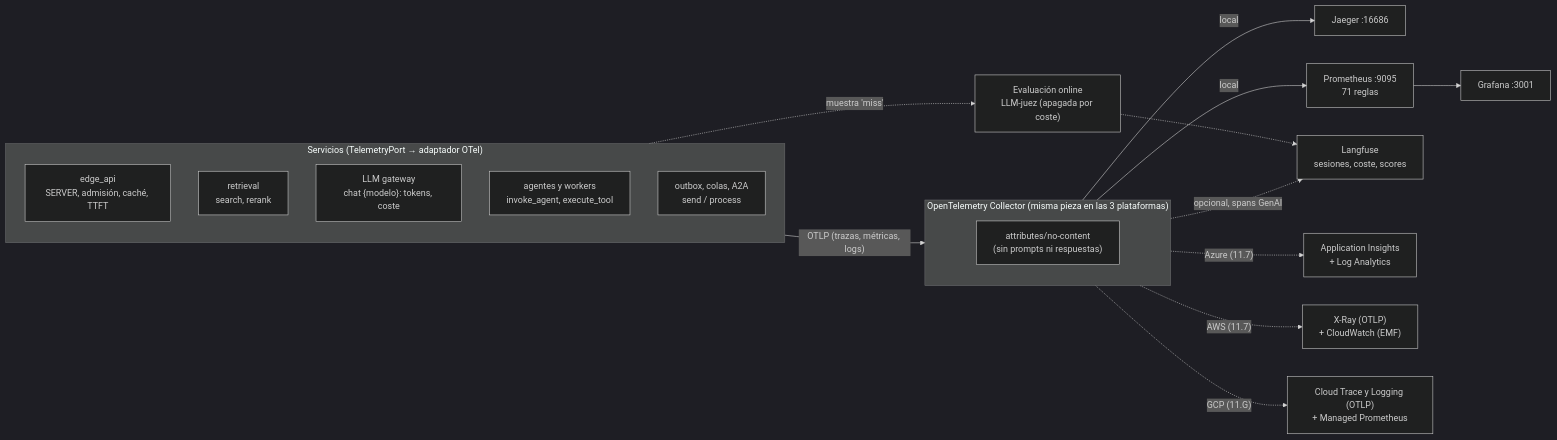
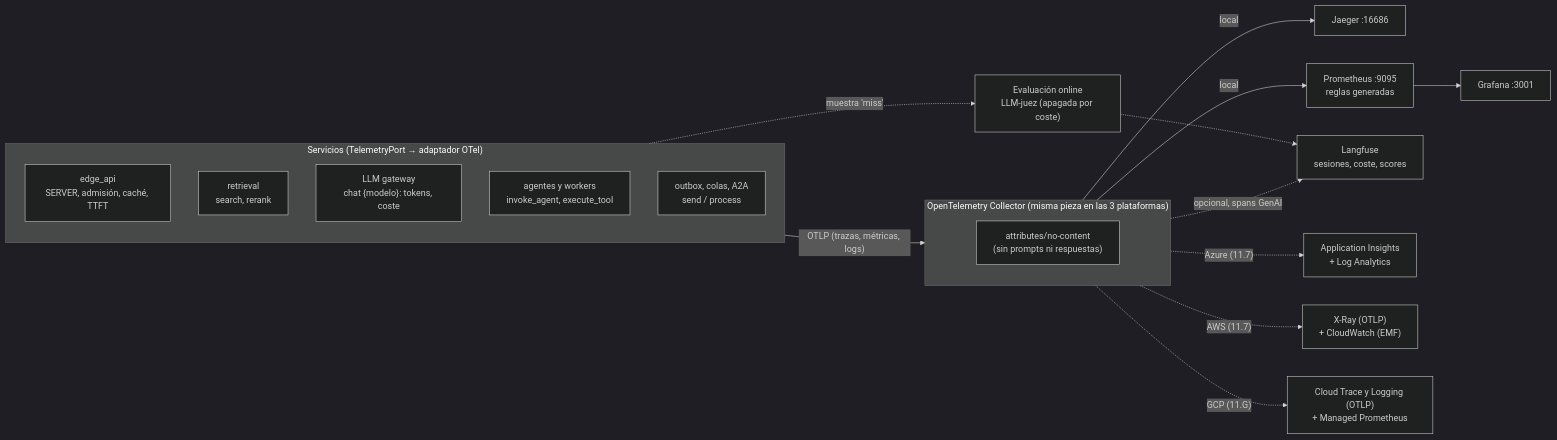
Before and after one commit to SergioVelmay/GenAI_PoCs: the first of 2 diagrams in docs/fase-11-observabilidad.md, drawn with Mermaid (dark theme). The commit also changed other lines of this file and 23 other files, not shown here.

````diff
--- a/docs/fase-11-observabilidad.md
+++ b/docs/fase-11-observabilidad.md
@@ -21,27 +21,27 @@
 ```mermaid
 flowchart LR
   subgraph APP["Servicios (TelemetryPort → adaptador OTel)"]
     direction TB
     EDGE["edge_api<br/>SERVER, admisión, caché, TTFT"]
     RAG["retrieval<br/>search, rerank"]
     GW["LLM gateway<br/>chat {modelo}: tokens, coste"]
     AG["agentes y workers<br/>invoke_agent, execute_tool"]
     Q["outbox, colas, A2A<br/>send / process"]
   end
 
   APP -->|"OTLP (trazas, métricas, logs)"| COL
 
   subgraph COL["OpenTelemetry Collector (misma pieza en las 3 plataformas)"]
     direction TB
     NC["attributes/no-content<br/>(sin prompts ni respuestas)"]
   end
 
   COL -->|"local"| J["Jaeger :16686"]
-  COL -->|"local"| P["Prometheus :9095<br/>71 reglas"] --> G["Grafana :3001"]
+  COL -->|"local"| P["Prometheus :9095<br/>reglas generadas"] --> G["Grafana :3001"]
   COL -.->|"opcional, spans GenAI"| LF["Langfuse<br/>sesiones, coste, scores"]
   COL -.->|"Azure (11.7)"| AI["Application Insights<br/>+ Log Analytics"]
   COL -.->|"AWS (11.7)"| XR["X-Ray (OTLP)<br/>+ CloudWatch (EMF)"]
   COL -.->|"GCP (11.G)"| CT["Cloud Trace y Logging (OTLP)<br/>+ Managed Prometheus"]
 
   EDGE -.->|"muestra 'miss'"| JUDGE["Evaluación online<br/>LLM-juez (apagada por coste)"] -.-> LF
 ```
````
